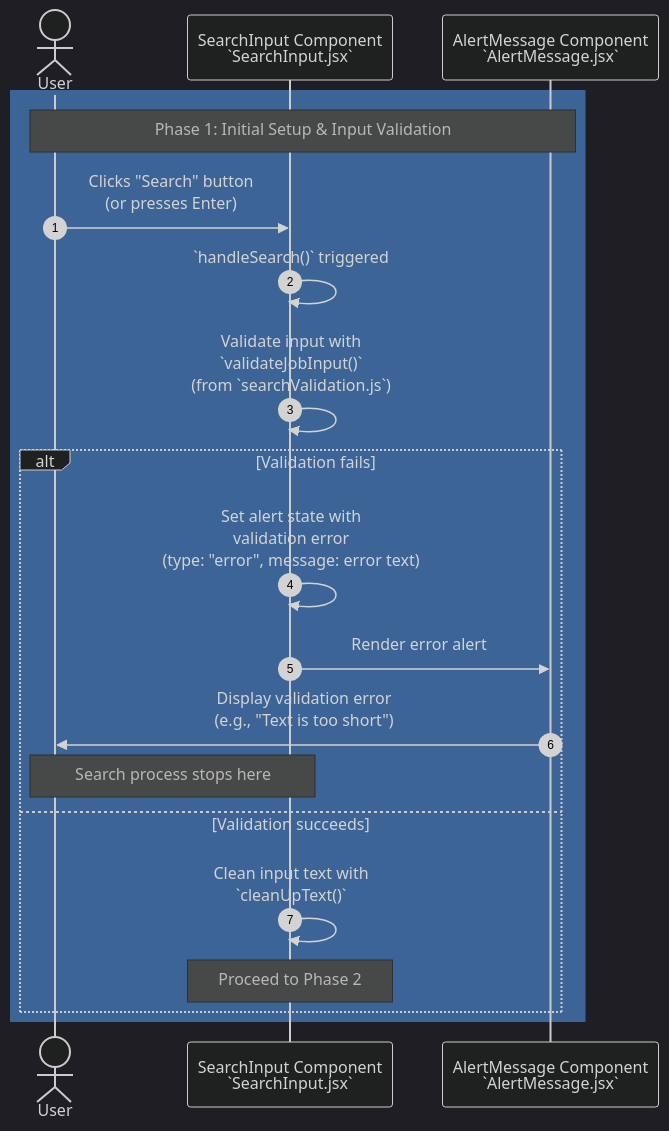
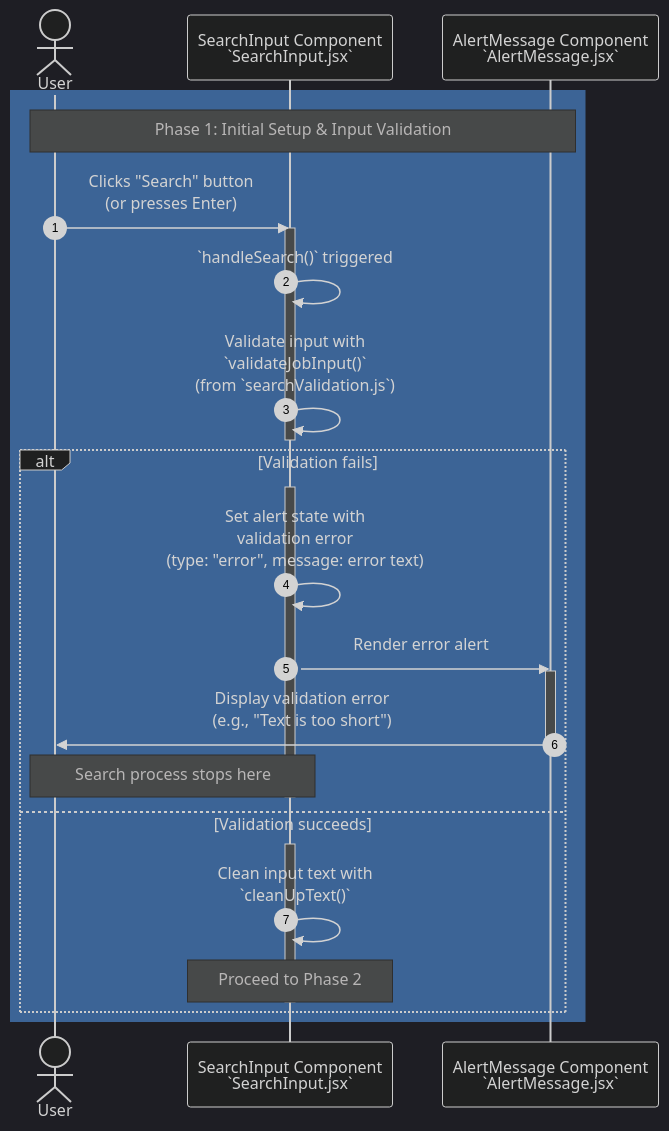
Before and after one commit to YahyaAl-Ademi/2025.10.23-JobCompass: the diagram in documentation/jobFetch/jobFetch-Phase1.md, drawn with Mermaid. The commit also changed 5 other files, not shown here.

Commit message:
Refine job fetch documentation with enhanced sequence diagrams for phases 1 to 6, incorporating activation and deactivation states for components, improving clarity on the flow of input validation, context updates, travel details fetching, and result display.

````diff
--- a/documentation/jobFetch/jobFetch-Phase1.md
+++ b/documentation/jobFetch/jobFetch-Phase1.md
@@ -1,25 +1,33 @@
 ```mermaid
 %%{init: {'theme': 'dark', 'themeVariables': { 'primaryColor':'#1a1a1a', 'primaryBorderColor':'#4a9eff', 'lineColor':'#4a9eff', 'tertiaryColor':'#2a2a2a', 'tertiaryBorderColor':'#4a9eff', 'tertiaryTextColor':'#ffffff'}, 'sequence': {'actorMargin': 50}}}%%
 sequenceDiagram
     autonumber
     actor User
     participant SearchInput as SearchInput Component<br/>`SearchInput.jsx`
     participant AlertMessage as AlertMessage Component<br/>`AlertMessage.jsx`
 
     rect rgb(60, 100, 150)
     Note over User,AlertMessage: Phase 1: Initial Setup & Input Validation
     User->>SearchInput: Clicks "Search" button<br/>(or presses Enter)
+    activate SearchInput
     SearchInput->>SearchInput: `handleSearch()` triggered
     SearchInput->>SearchInput: Validate input with<br/>`validateJobInput()`<br/>(from `searchValidation.js`)
+    deactivate SearchInput
     
     alt Validation fails
+        activate SearchInput
         SearchInput->>SearchInput: Set alert state with<br/>validation error<br/>(type: "error", message: error text)
         SearchInput->>AlertMessage: Render error alert
+        activate AlertMessage
         AlertMessage->>User: Display validation error<br/>(e.g., "Text is too short")
+        deactivate AlertMessage
         Note over SearchInput,User: Search process stops here
+        deactivate SearchInput
     else Validation succeeds
+        activate SearchInput
         SearchInput->>SearchInput: Clean input text with<br/>`cleanUpText()`
         Note over SearchInput: Proceed to Phase 2
+        deactivate SearchInput
     end
     end
 ```
````
